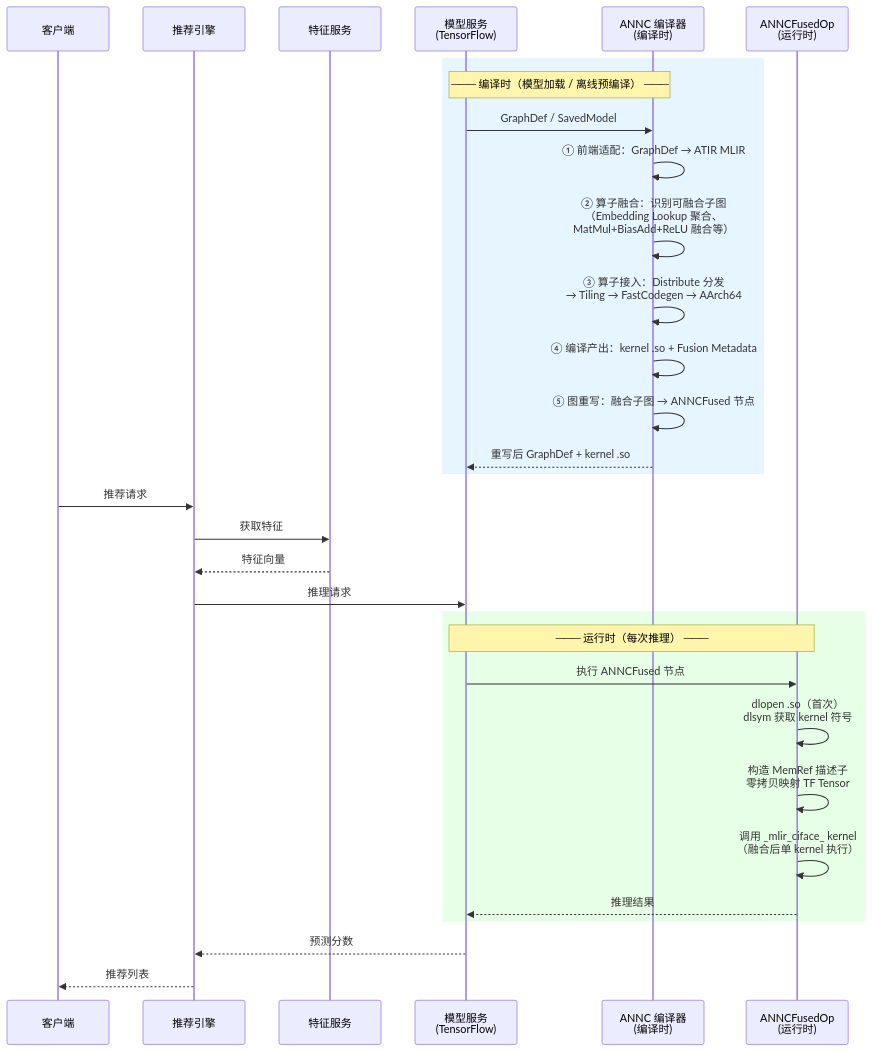
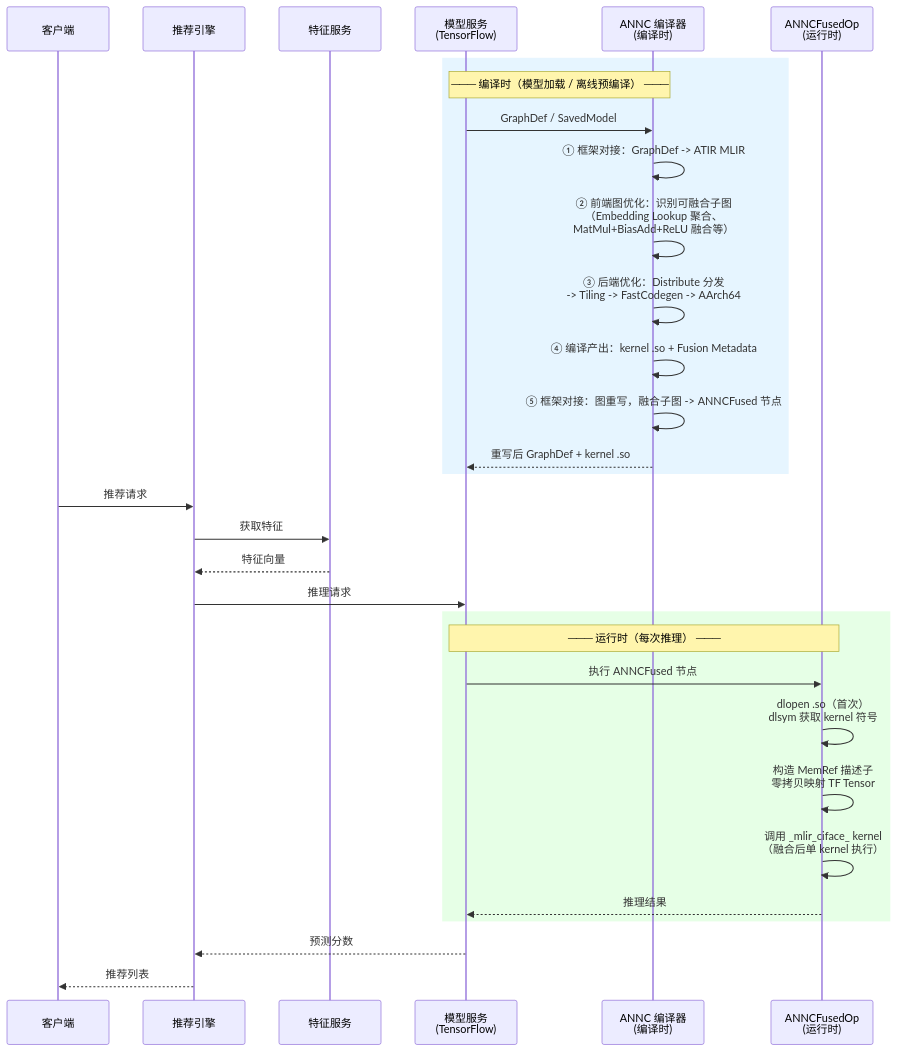
The second of 7 diagrams in docs/annc-architecture-design.md (openeuler-mirror/ANNC), drawn with Mermaid before and after one commit. The commit also changed other lines of this file, not shown here.

First line of the commit message:
docs(arch): refactor to three-layer architecture and update task assignment

````diff
--- a/docs/annc-architecture-design.md
+++ b/docs/annc-architecture-design.md
@@ -123,37 +121,37 @@
 ```mermaid
 sequenceDiagram
     participant Client as 客户端
     participant RecEngine as 推荐引擎
     participant FeatureSvc as 特征服务
     participant ModelServing as 模型服务<br/>(TensorFlow)
     participant ANNC as ANNC 编译器<br/>(编译时)
     participant FusedOp as ANNCFusedOp<br/>(运行时)
 
     rect rgb(230, 245, 255)
         Note over ModelServing,ANNC: ─── 编译时（模型加载 / 离线预编译） ───
         ModelServing->>ANNC: GraphDef / SavedModel
-        ANNC->>ANNC: ① 前端适配：GraphDef → ATIR MLIR
-        ANNC->>ANNC: ② 算子融合：识别可融合子图<br/>（Embedding Lookup 聚合、<br/>MatMul+BiasAdd+ReLU 融合等）
-        ANNC->>ANNC: ③ 算子接入：Distribute 分发<br/>→ Tiling → FastCodegen → AArch64
+        ANNC->>ANNC: ① 框架对接：GraphDef -> ATIR MLIR
+        ANNC->>ANNC: ② 前端图优化：识别可融合子图<br/>（Embedding Lookup 聚合、<br/>MatMul+BiasAdd+ReLU 融合等）
+        ANNC->>ANNC: ③ 后端优化：Distribute 分发<br/>-> Tiling -> FastCodegen -> AArch64
         ANNC->>ANNC: ④ 编译产出：kernel .so + Fusion Metadata
-        ANNC->>ANNC: ⑤ 图重写：融合子图 → ANNCFused 节点
+        ANNC->>ANNC: ⑤ 框架对接：图重写，融合子图 -> ANNCFused 节点
         ANNC-->>ModelServing: 重写后 GraphDef + kernel .so
     end
 
     Client->>RecEngine: 推荐请求
     RecEngine->>FeatureSvc: 获取特征
     FeatureSvc-->>RecEngine: 特征向量
     RecEngine->>ModelServing: 推理请求
 
     rect rgb(230, 255, 230)
         Note over ModelServing,FusedOp: ─── 运行时（每次推理） ───
         ModelServing->>FusedOp: 执行 ANNCFused 节点
         FusedOp->>FusedOp: dlopen .so（首次）<br/>dlsym 获取 kernel 符号
         FusedOp->>FusedOp: 构造 MemRef 描述子<br/>零拷贝映射 TF Tensor
         FusedOp->>FusedOp: 调用 _mlir_ciface_ kernel<br/>（融合后单 kernel 执行）
         FusedOp-->>ModelServing: 推理结果
     end
 
     ModelServing-->>RecEngine: 预测分数
     RecEngine-->>Client: 推荐列表
 ```
````
